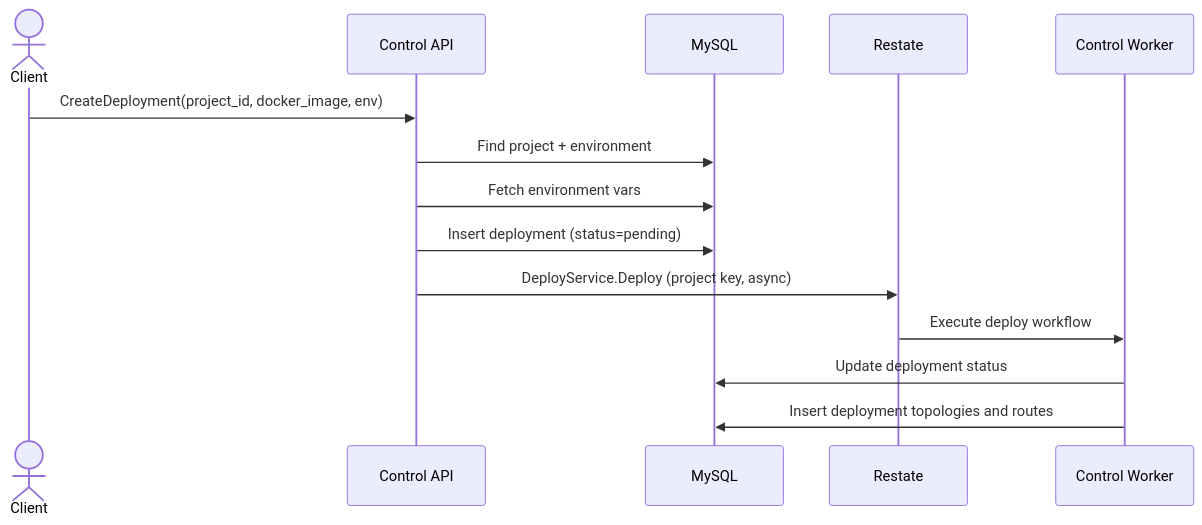
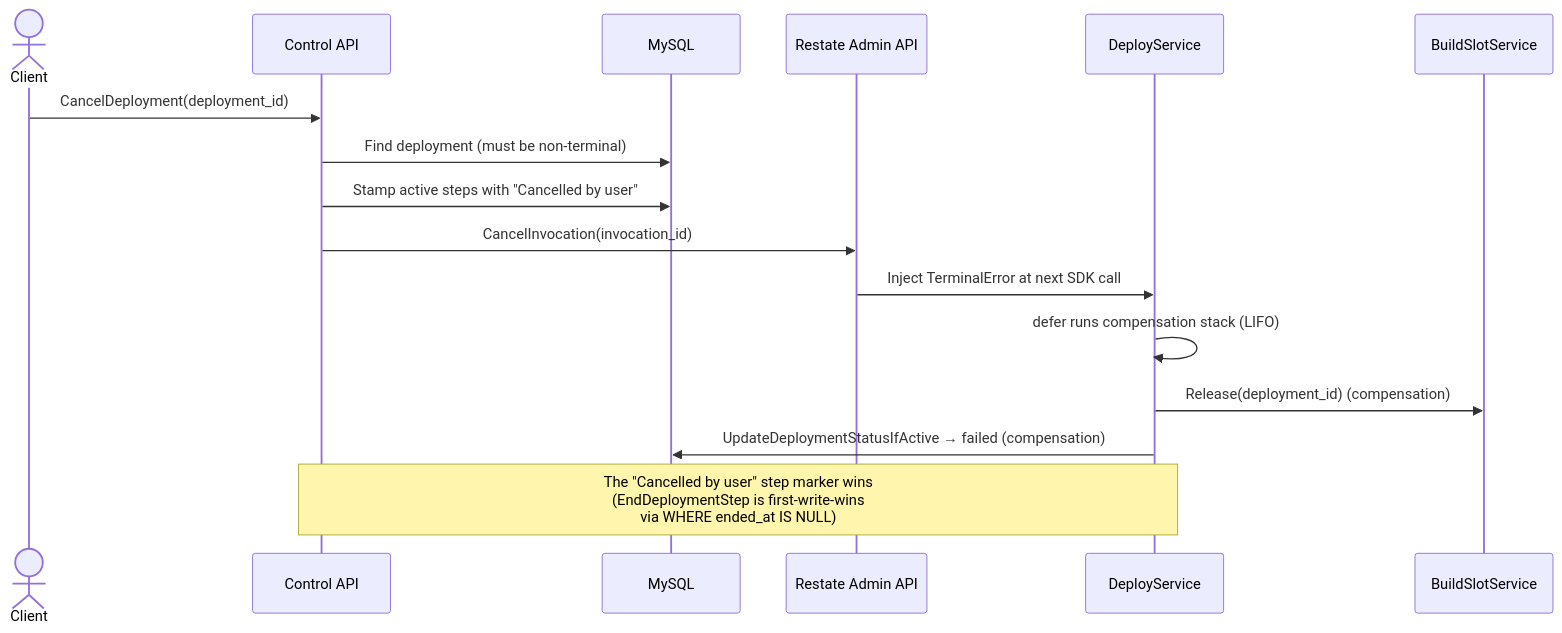
Before and after one commit to unkeyed/unkey: the second of 4 diagrams in docs/engineering/architecture/services/control-plane/worker/workflows/deployments.mdx, drawn with Mermaid. The commit also changed other lines of this file and 60 other files, not shown here.

First line of the commit message:
feat(ctrl): rework build queue for per-env concurrency and cancellation

````diff
--- a/docs/engineering/architecture/services/control-plane/worker/workflows/deployments.mdx
+++ b/docs/engineering/architecture/services/control-plane/worker/workflows/deployments.mdx
@@ -16,17 +68,19 @@
 ```mermaid
 sequenceDiagram
   actor Client
   participant CtrlAPI as Control API
   participant DB as MySQL
-  participant Restate as Restate
-  participant Worker as Control Worker
+  participant RestateAdmin as Restate Admin API
+  participant Worker as DeployService
+  participant BuildSlot as BuildSlotService
 
-  Client->>CtrlAPI: CreateDeployment(project_id, docker_image, env)
-  CtrlAPI->>DB: Find project + environment
-  CtrlAPI->>DB: Fetch environment vars
-  CtrlAPI->>DB: Insert deployment (status=pending)
-  CtrlAPI->>Restate: DeployService.Deploy (project key, async)
-  Restate->>Worker: Execute deploy workflow
-  Worker->>DB: Update deployment status
-  Worker->>DB: Insert deployment topologies and routes
+  Client->>CtrlAPI: CancelDeployment(deployment_id)
+  CtrlAPI->>DB: Find deployment (must be non-terminal)
+  CtrlAPI->>DB: Stamp active steps with "Cancelled by user"
+  CtrlAPI->>RestateAdmin: CancelInvocation(invocation_id)
+  RestateAdmin->>Worker: Inject TerminalError at next SDK call
+  Worker->>Worker: defer runs compensation stack (LIFO)
+  Worker->>BuildSlot: Release(deployment_id) (compensation)
+  Worker->>DB: UpdateDeploymentStatusIfActive → failed (compensation)
+  Note over CtrlAPI,Worker: The "Cancelled by user" step marker wins<br/>(EndDeploymentStep is first-write-wins<br/>via WHERE ended_at IS NULL)
 ```
````
